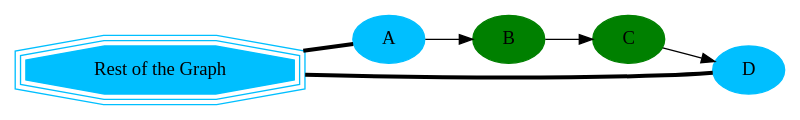
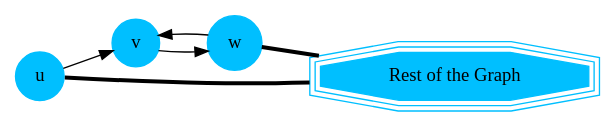
Before and after one commit to pgRouting/pgrouting: the tenth of 13 diagrams in doc/contraction/contraction-family.rst, drawn with Graphviz. The commit also changed other lines of this file and 5 other files, not shown here.

```diff
--- a/doc/contraction/contraction-family.rst
+++ b/doc/contraction/contraction-family.rst
@@ -215,19 +264,10 @@
 .. graphviz::
 
     digraph G {
-        A [style=filled;color=deepskyblue];
-        B [style=filled; color=green];
-        C [style=filled; color=green];
-        D [style=filled; color=deepskyblue];
-        "G" [shape=tripleoctagon;
-        style=filled;color=deepskyblue;
-        label = "Rest of the Graph"];
+        u, w, v [shape=circle;style=filled;width=.4;color=deepskyblue];
+        G [shape=tripleoctagon;width=1.5;style=filled;color=deepskyblue;label = "Rest of the Graph"];
 
         rankdir=LR;
-        G -> A [dir=none, weight=1, penwidth=3];
-        G -> D [dir=none, weight=1, penwidth=3];
-        A -> B;
-        B -> C;
-        C -> D;
-
+        {w} -> G -> {u} [dir=none, weight=1, penwidth=3];
+        u -> v -> w -> v;
     }
```
